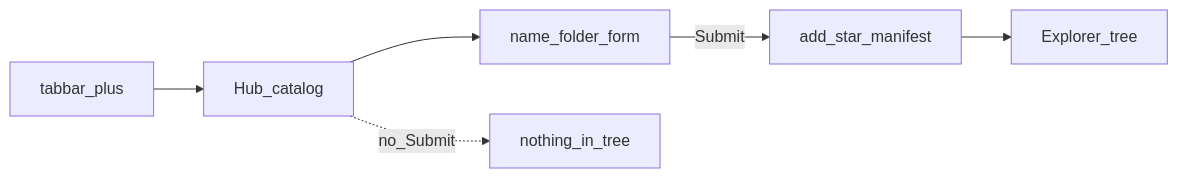
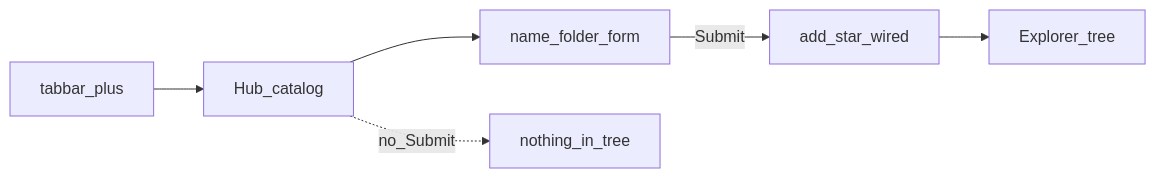
One commit to prettyk-io/prettyk-secops changed the diagram in sanctuary/pure/studio-hub.md. Above: the diagram before and after it, drawn with Mermaid. The commit also changed 638 other files, not shown here.

````diff
--- a/sanctuary/pure/studio-hub.md
+++ b/sanctuary/pure/studio-hub.md
@@ -10,8 +10,8 @@
 ```mermaid
 flowchart LR
   Plus[tabbar_plus] --> Catalog[Hub_catalog]
   Catalog --> Form[name_folder_form]
-  Form -->|Submit| Mutate[add_star_manifest]
+  Form -->|Submit| Mutate[add_star_wired]
   Mutate --> Tree[Explorer_tree]
   Catalog -.->|no_Submit| Empty[nothing_in_tree]
 ```
````
